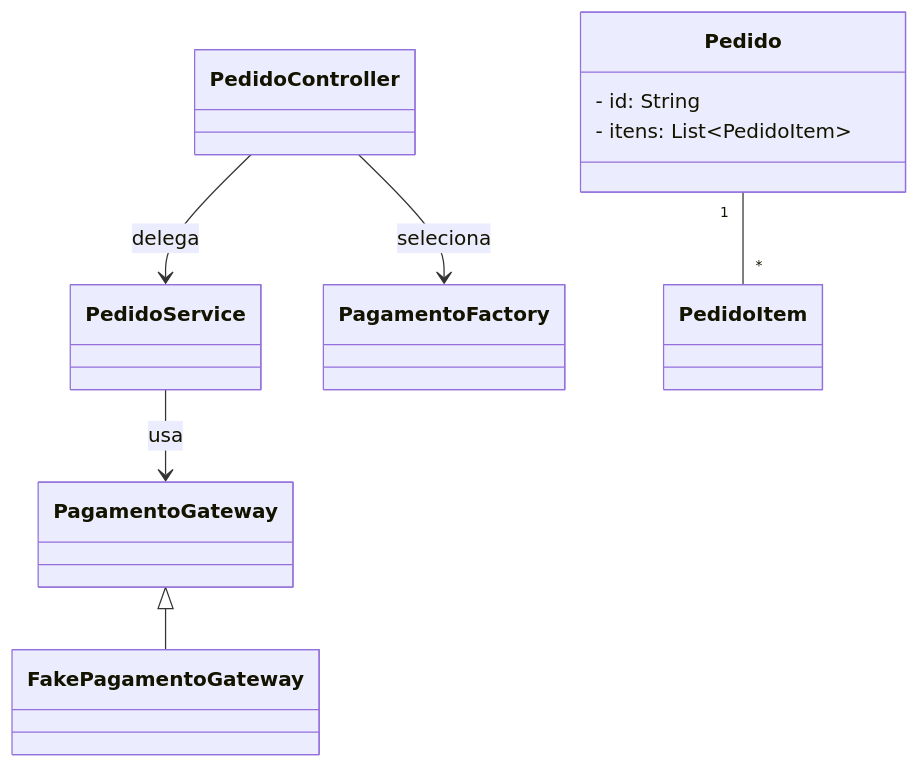
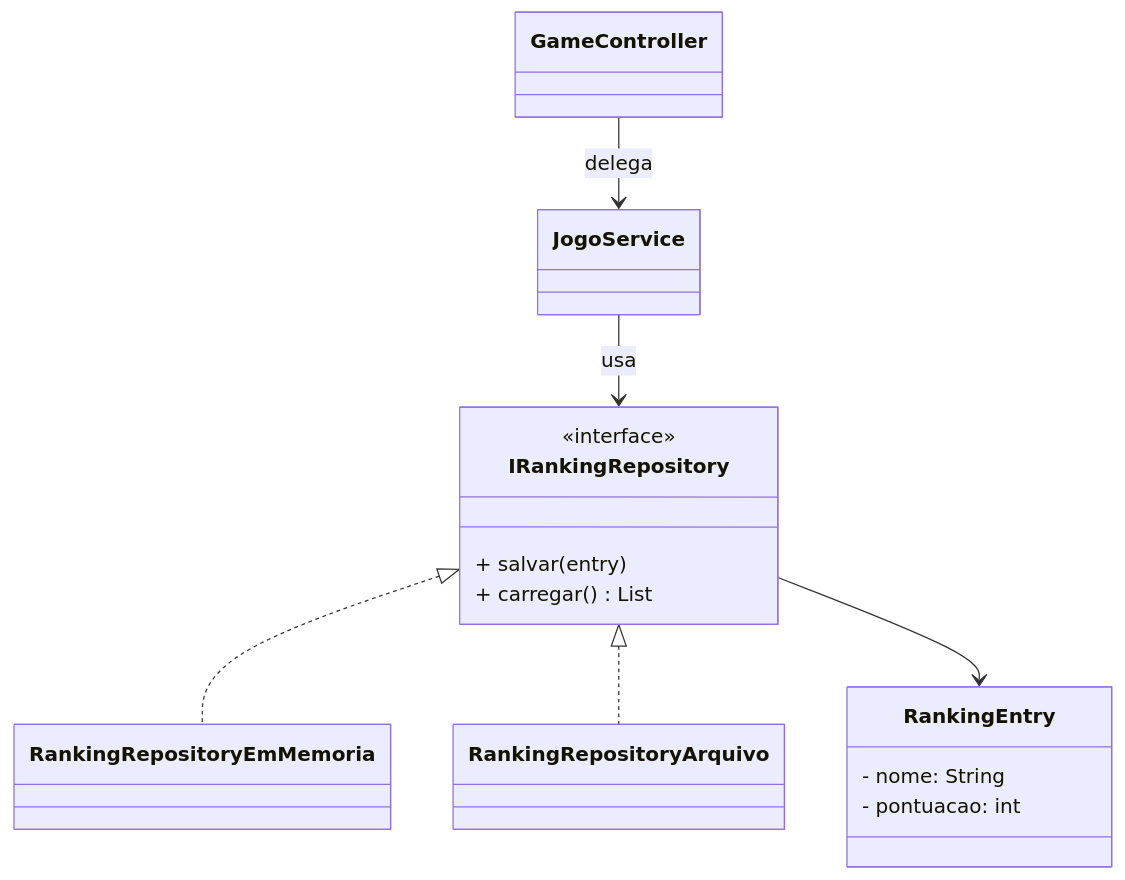
The first of 2 diagrams in missaoMarteUnifor/grasp/apostilas-grasp/protected-variations.md (ProfBezerra/T200-ProjArqSist), drawn with Mermaid before and after one commit. The commit also changed other lines of this file and 10 other files, not shown here.

````diff
--- a/missaoMarteUnifor/grasp/apostilas-grasp/protected-variations.md
+++ b/missaoMarteUnifor/grasp/apostilas-grasp/protected-variations.md
@@ -83,19 +82,23 @@
 ```mermaid
 classDiagram
-  class Pedido {
-    - id: String
-    - itens: List~PedidoItem~
+  class RankingEntry {
+    - nome: String
+    - pontuacao: int
   }
 
-  interface PagamentoGateway
-  class FakePagamentoGateway
-  class PedidoService
-  class PedidoController
-  class PagamentoFactory
+  class IRankingRepository {
+    <<interface>>
+    + salvar(entry)
+    + carregar() List
+  }
+  class RankingRepositoryEmMemoria
+  class RankingRepositoryArquivo
+  class JogoService
+  class GameController
 
-  PedidoController --> PagamentoFactory : seleciona
-  PedidoController --> PedidoService : delega
-  PedidoService --> PagamentoGateway : usa
-  PagamentoGateway <|-- FakePagamentoGateway
-  Pedido "1" -- "*" PedidoItem
+  GameController --> JogoService : delega
+  JogoService --> IRankingRepository : usa
+  IRankingRepository <|.. RankingRepositoryEmMemoria
+  IRankingRepository <|.. RankingRepositoryArquivo
+  IRankingRepository --> RankingEntry
 ```
````
